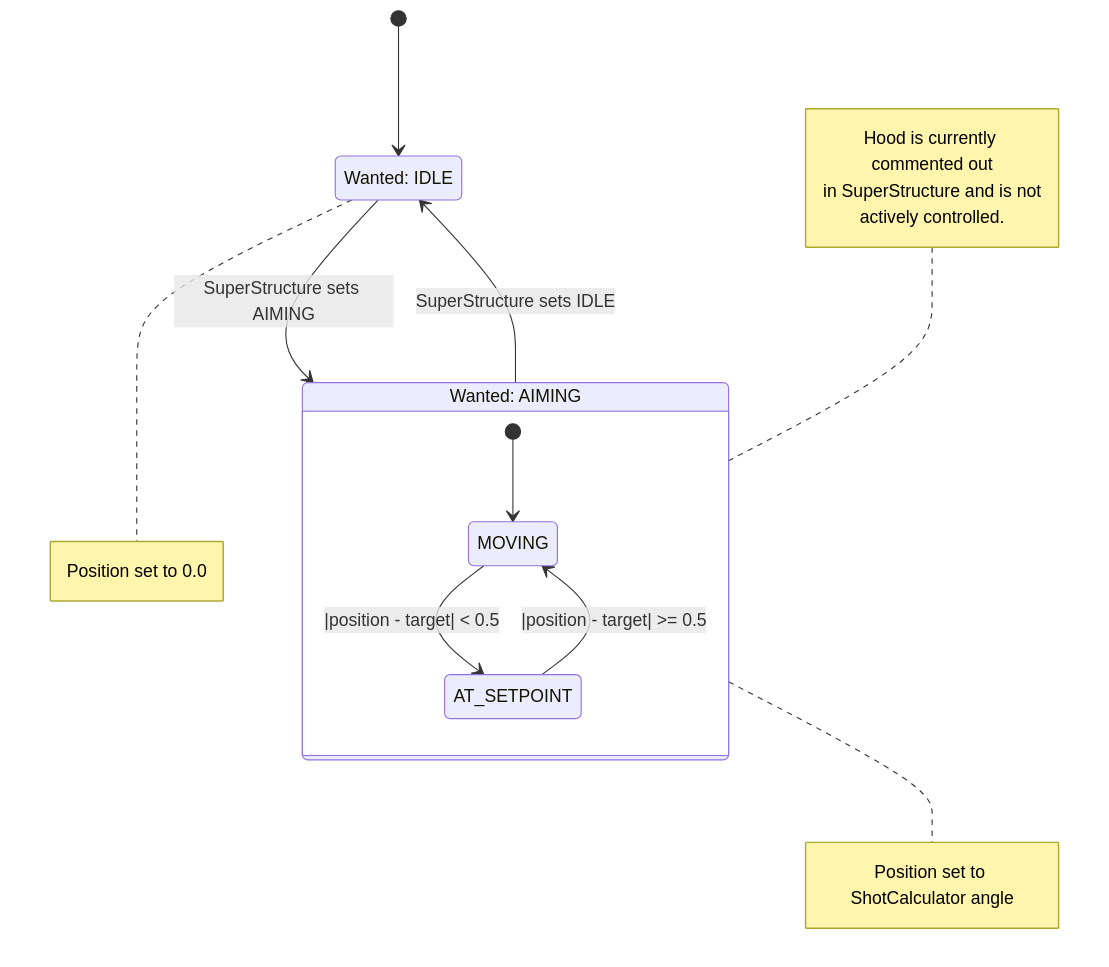
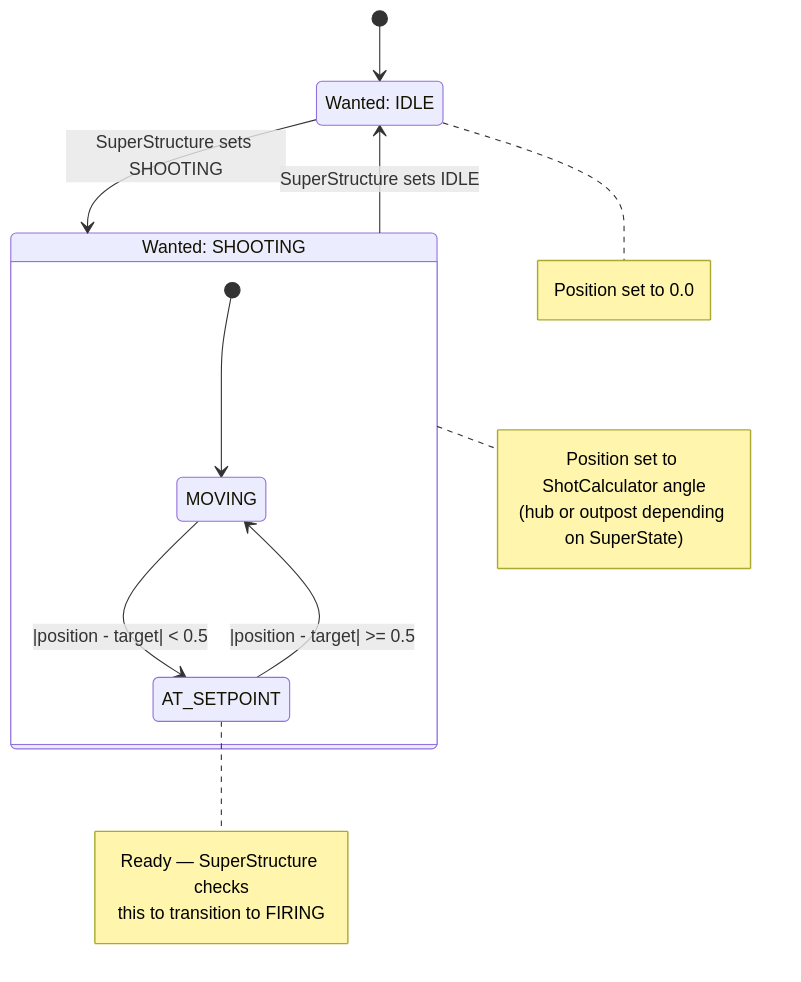
The diagram in docs/states/HoodStateMachine.mmd (FRCTeam360/RainMaker26), drawn with Mermaid before and after one commit. The commit also changed 6 other files, not shown here.

First line of the commit message:
Update state machine diagrams to match current robot states

```diff
--- a/docs/states/HoodStateMachine.mmd
+++ b/docs/states/HoodStateMachine.mmd
@@ -1,24 +1,20 @@
 %% Hood State Machine
 %% Reflects actual code in Hood.java
-%% Currently commented out in SuperStructure — not actively orchestrated
+%% Two-layer state: WantedState drives CurrentState
 stateDiagram-v2
     state "Wanted: IDLE" as WIDLE
-    state "Wanted: AIMING" as WAIMING
+    state "Wanted: SHOOTING" as WSHOOTING
 
     [*] --> WIDLE
-    WIDLE --> WAIMING : SuperStructure sets AIMING
-    WAIMING --> WIDLE : SuperStructure sets IDLE
+    WIDLE --> WSHOOTING : SuperStructure sets SHOOTING
+    WSHOOTING --> WIDLE : SuperStructure sets IDLE
 
-    state WAIMING {
+    state WSHOOTING {
         [*] --> MOVING
         MOVING --> AT_SETPOINT : |position - target| < 0.5
         AT_SETPOINT --> MOVING : |position - target| >= 0.5
     }
 
     note right of WIDLE : Position set to 0.0
-    note right of WAIMING : Position set to ShotCalculator angle
-    note left of WAIMING
-        Hood is currently commented out
-        in SuperStructure and is not
-        actively controlled.
-    end note
+    note right of WSHOOTING : Position set to ShotCalculator angle<br>(hub or outpost depending on SuperState)
+    note right of AT_SETPOINT : Ready — SuperStructure checks<br>this to transition to FIRING
```
